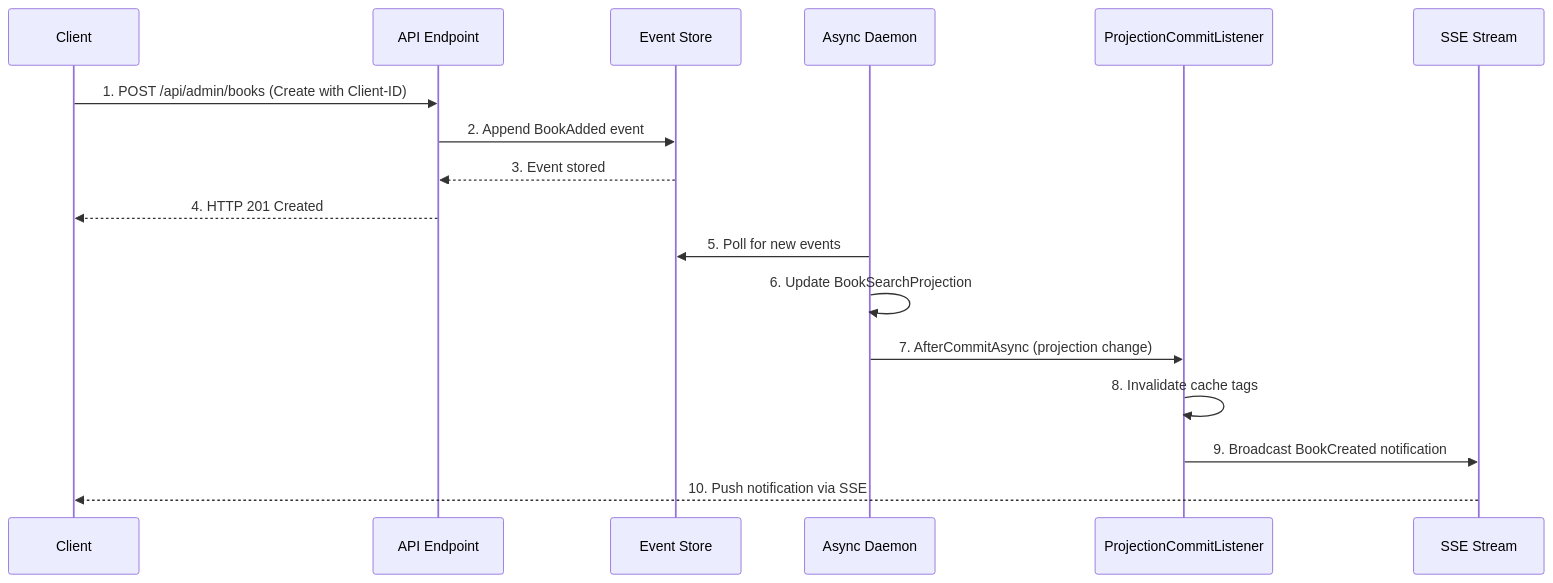
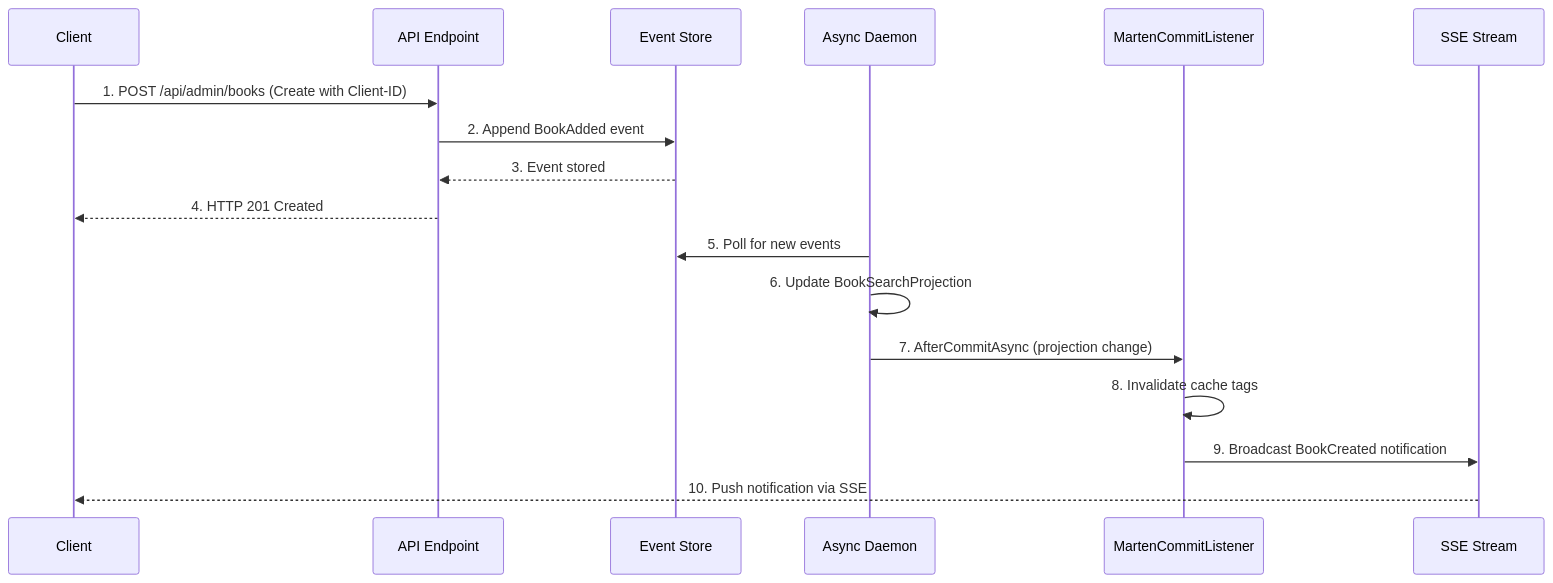
The diagram in docs/guides/real-time-notifications.md (aalmada/BookStore), drawn with Mermaid before and after one commit. The commit also changed other lines of this file, not shown here.

````diff
--- a/docs/guides/real-time-notifications.md
+++ b/docs/guides/real-time-notifications.md
@@ -16,21 +16,21 @@
 ```mermaid
 sequenceDiagram
     participant Client
     participant API as API Endpoint
     participant Marten as Event Store
     participant Daemon as Async Daemon
-    participant Listener as ProjectionCommitListener
+    participant Listener as MartenCommitListener
     participant SSE as SSE Stream
     
     Client->>API: 1. POST /api/admin/books (Create with Client-ID)
     API->>Marten: 2. Append BookAdded event
     Marten-->>API: 3. Event stored
     API-->>Client: 4. HTTP 201 Created
     
     Daemon->>Marten: 5. Poll for new events
     Daemon->>Daemon: 6. Update BookSearchProjection
     Daemon->>Listener: 7. AfterCommitAsync (projection change)
     Listener->>Listener: 8. Invalidate cache tags
     Listener->>SSE: 9. Broadcast BookCreated notification
     SSE-->>Client: 10. Push notification via SSE
 ```
````
